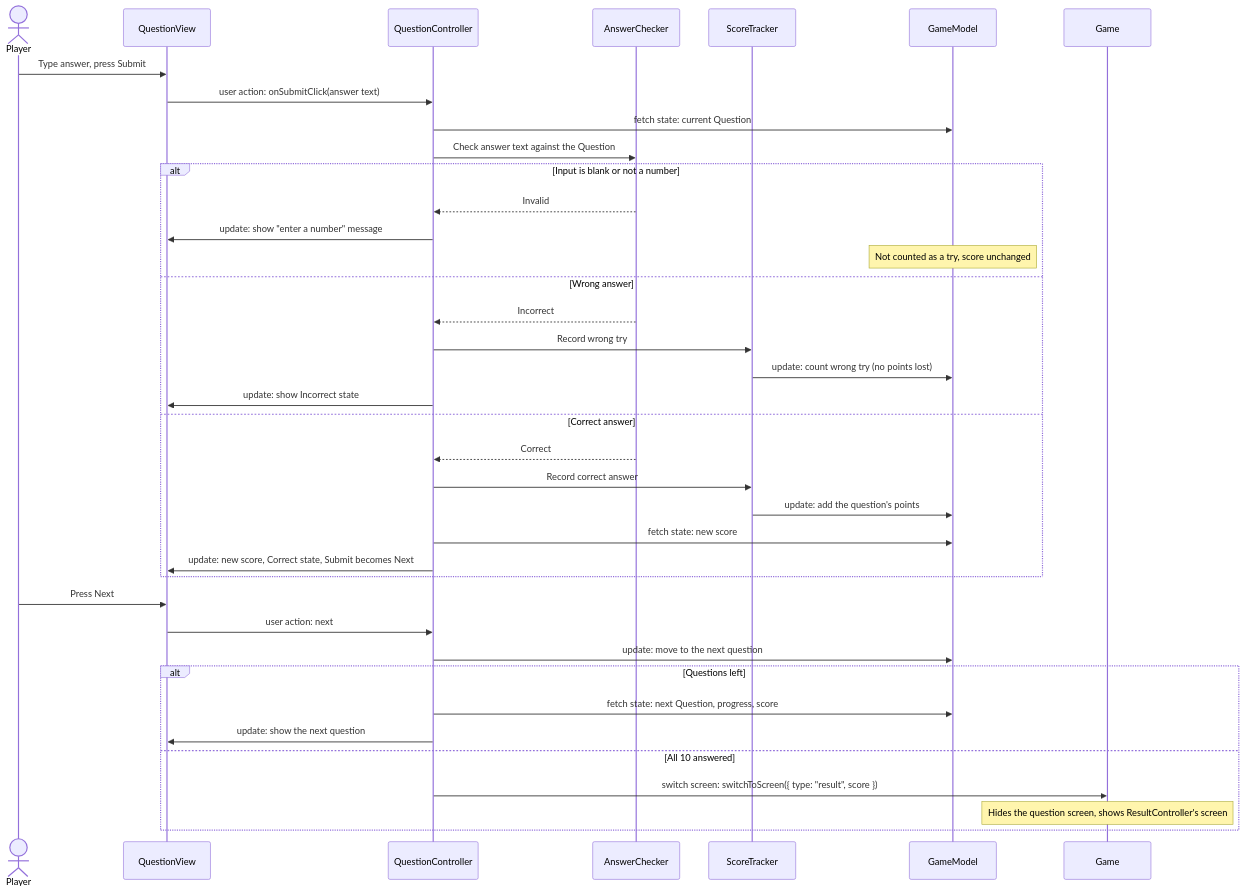
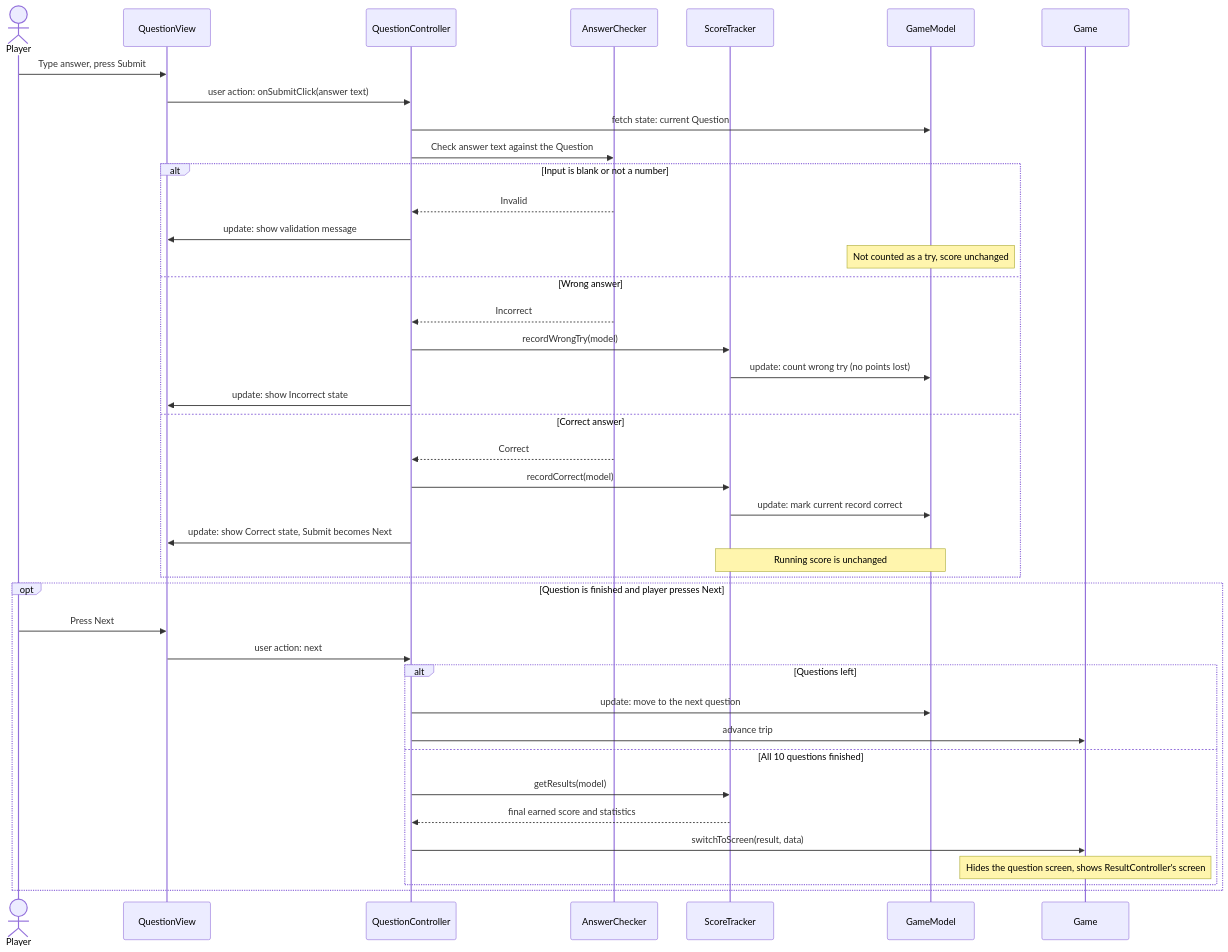
One commit to moonwav/cse110-group21 changed the third of 4 diagrams in docs/Architecture.md. Above: the diagram before and after it, drawn with Mermaid. The commit also changed other lines of this file, not shown here.

Commit message:
Finalize architecture document

````diff
--- a/docs/Architecture.md
+++ b/docs/Architecture.md
@@ -349,41 +424,44 @@
 ```mermaid
 sequenceDiagram
     actor Player
     participant QuestionView
     participant QuestionController
     participant AnswerChecker
     participant ScoreTracker
     participant GameModel
     participant Game
 
     Player->>QuestionView: Type answer, press Submit
     QuestionView->>QuestionController: user action: onSubmitClick(answer text)
     QuestionController->>GameModel: fetch state: current Question
     QuestionController->>AnswerChecker: Check answer text against the Question
     alt Input is blank or not a number
         AnswerChecker-->>QuestionController: Invalid
-        QuestionController->>QuestionView: update: show "enter a number" message
+        QuestionController->>QuestionView: update: show validation message
         Note over GameModel: Not counted as a try, score unchanged
     else Wrong answer
         AnswerChecker-->>QuestionController: Incorrect
-        QuestionController->>ScoreTracker: Record wrong try
+        QuestionController->>ScoreTracker: recordWrongTry(model)
         ScoreTracker->>GameModel: update: count wrong try (no points lost)
         QuestionController->>QuestionView: update: show Incorrect state
     else Correct answer
         AnswerChecker-->>QuestionController: Correct
-        QuestionController->>ScoreTracker: Record correct answer
-        ScoreTracker->>GameModel: update: add the question's points
-        QuestionController->>GameModel: fetch state: new score
-        QuestionController->>QuestionView: update: new score, Correct state, Submit becomes Next
+        QuestionController->>ScoreTracker: recordCorrect(model)
+        ScoreTracker->>GameModel: update: mark current record correct
+        QuestionController->>QuestionView: update: show Correct state, Submit becomes Next
+        Note over ScoreTracker,GameModel: Running score is unchanged
     end
-    Player->>QuestionView: Press Next
-    QuestionView->>QuestionController: user action: next
-    QuestionController->>GameModel: update: move to the next question
-    alt Questions left
-        QuestionController->>GameModel: fetch state: next Question, progress, score
-        QuestionController->>QuestionView: update: show the next question
-    else All 10 answered
-        QuestionController->>Game: switch screen: switchToScreen({ type: "result", score })
-        Note over Game: Hides the question screen, shows ResultController's screen
+    opt Question is finished and player presses Next
+        Player->>QuestionView: Press Next
+        QuestionView->>QuestionController: user action: next
+        alt Questions left
+            QuestionController->>GameModel: update: move to the next question
+            QuestionController->>Game: advance trip
+        else All 10 questions finished
+            QuestionController->>ScoreTracker: getResults(model)
+            ScoreTracker-->>QuestionController: final earned score and statistics
+            QuestionController->>Game: switchToScreen(result, data)
+            Note over Game: Hides the question screen, shows ResultController's screen
+        end
     end
 ```
````
